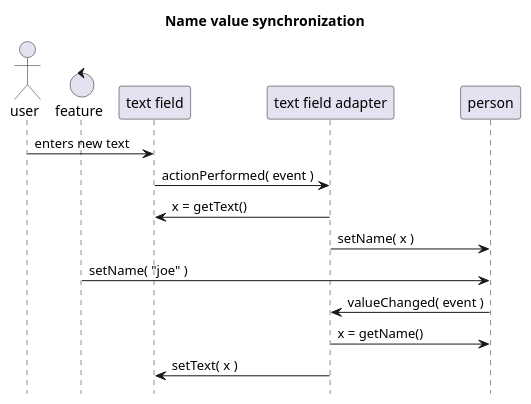
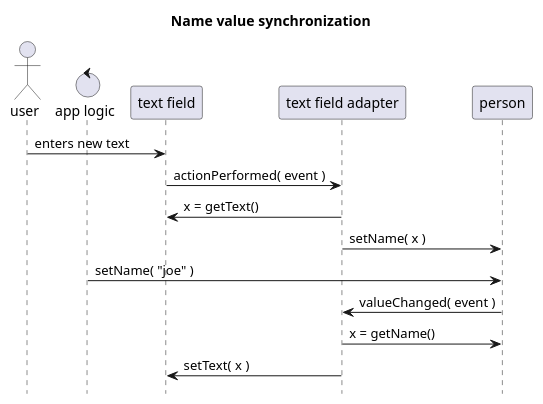
Before and after one commit to goranstack/esox: the eighth of 8 diagrams in gh-pages/src/main/asciidoc/index.adoc, drawn with PlantUML. The commit also changed other lines of this file and 185 other files, not shown here.

```diff
--- a/gh-pages/src/main/asciidoc/index.adoc
+++ b/gh-pages/src/main/asciidoc/index.adoc
@@ -220,21 +219,21 @@
-[plantuml, person-reference, svg]
+[plantuml, name-value-synchronization, svg]
 ....
 @startuml
 
 hide footbox
 title Name value synchronization
 
 actor user
-control feature
+control "app logic"
 
 user -> "text field" : enters new text
 "text field" -> "text field adapter" : actionPerformed( event )
 "text field adapter" -> "text field" : x = getText()
 "text field adapter" -> person : setName( x )
-feature -> person : setName( "joe" )
+"app logic" -> person : setName( "joe" )
 person -> "text field adapter" : valueChanged( event )
 "text field adapter" -> person : x = getName()
 "text field adapter" -> "text field" : setText( x )
 
 @enduml
 ....
```
